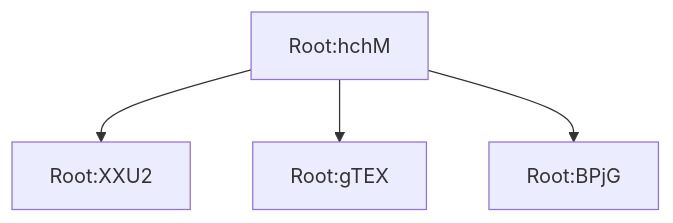
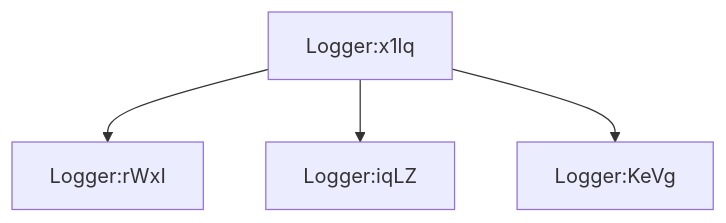
One commit to ellementul/uee-core changed the diagram in mermaid.md. Above: the diagram before and after it, drawn with Mermaid. The commit also changed 15 other files, not shown here.

````diff
--- a/mermaid.md
+++ b/mermaid.md
@@ -1,11 +1,11 @@
 ```mermaid
  flowchart TD
-    PcgtGrrKSgz5xRcwVardpeWX8XnxraZfAW1hchM[Root:hchM]
-    euvKwumUF3ZcCxactBOzTQ3aJ8SjpAKaoARlXXU2[Root:XXU2]
-    m9bqGdQQzn7EZioNIm2TegKVmij4j5v9lq9gTEX[Root:gTEX]
-    fR9jFDdrrEAHSYKSxMNxL9IUQs2fqLbWiJTTBPjG[Root:BPjG]
+    eY1Yvx4ZXwZQSTstXbcW2bEYK969HQr67dfRx1lq[Logger:x1lq]
+    BCXeOafmHJ1kGq0YdLue2cuyQL2hDHYO_HNrWxI[Logger:rWxI]
+    ZTqRH0ezntRN4Dn4qcuyIz3w6IDgfTCeSjhAiqLZ[Logger:iqLZ]
+    A7mD8p3A4dqghIGgdSt3CqiqdbUeJ79kGadBKeVg[Logger:KeVg]
 
-    PcgtGrrKSgz5xRcwVardpeWX8XnxraZfAW1hchM --> euvKwumUF3ZcCxactBOzTQ3aJ8SjpAKaoARlXXU2
-    PcgtGrrKSgz5xRcwVardpeWX8XnxraZfAW1hchM --> m9bqGdQQzn7EZioNIm2TegKVmij4j5v9lq9gTEX
-    PcgtGrrKSgz5xRcwVardpeWX8XnxraZfAW1hchM --> fR9jFDdrrEAHSYKSxMNxL9IUQs2fqLbWiJTTBPjG
+    eY1Yvx4ZXwZQSTstXbcW2bEYK969HQr67dfRx1lq --> BCXeOafmHJ1kGq0YdLue2cuyQL2hDHYO_HNrWxI
+    eY1Yvx4ZXwZQSTstXbcW2bEYK969HQr67dfRx1lq --> ZTqRH0ezntRN4Dn4qcuyIz3w6IDgfTCeSjhAiqLZ
+    eY1Yvx4ZXwZQSTstXbcW2bEYK969HQr67dfRx1lq --> A7mD8p3A4dqghIGgdSt3CqiqdbUeJ79kGadBKeVg
 ```
````
